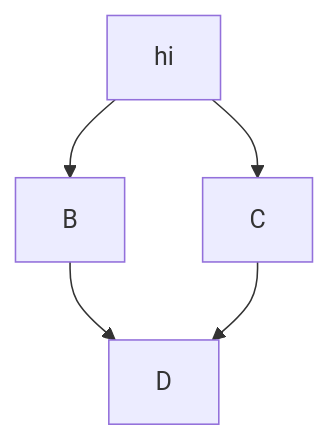
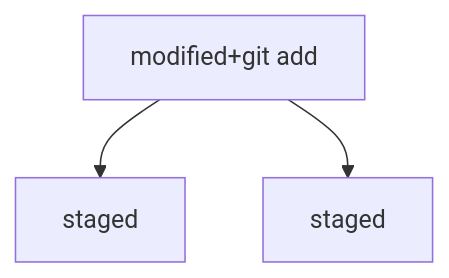
The diagram in prjekt2/README.md (Piter-Blood/Projekt2), drawn with Mermaid before and after one commit.

Commit message:
Финальная версия схемы внизу

````diff
--- a/prjekt2/README.md
+++ b/prjekt2/README.md
@@ -76,7 +76,5 @@
 ```mermaid
   graph TD;
-      A[hi]-->B;
-      A[hi]-->C;
-      B-->D;
-      C-->D;
+      A[modified+git add]-->B[staged];
+      A[modified+git add]-->C[staged];
 ```
````
